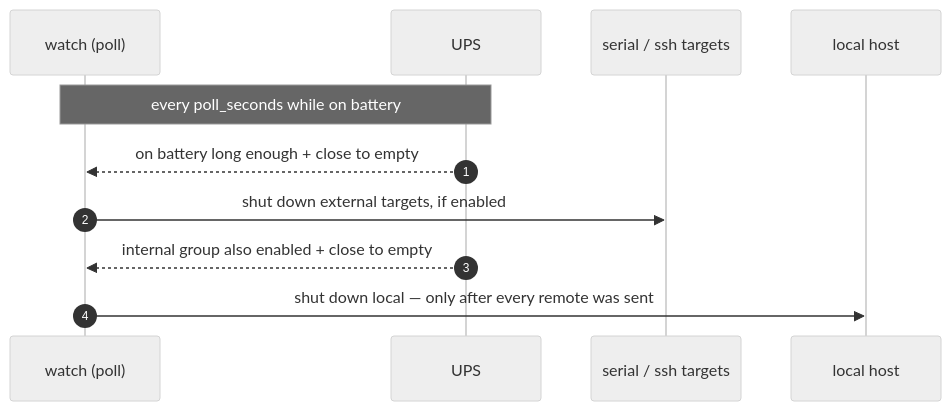
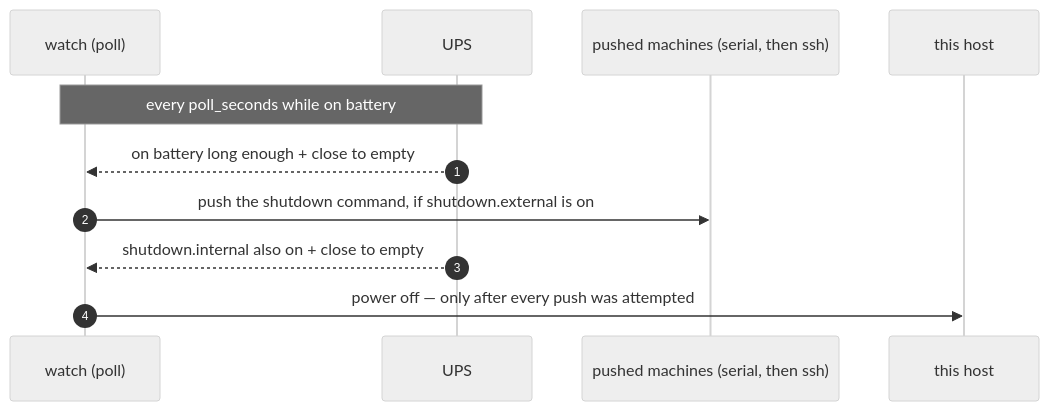
One commit to kleinpanic/ups-orchestrator changed the third of 3 diagrams in README.md. Above: the diagram before and after it, drawn with Mermaid (neutral theme). The commit also changed other lines of this file and 8 other files, not shown here.

````diff
--- a/README.md
+++ b/README.md
@@ -126,13 +223,13 @@
 ```mermaid
 sequenceDiagram
     autonumber
     participant W as watch (poll)
     participant U as UPS
-    participant R as serial / ssh targets
-    participant L as local host
+    participant R as pushed machines (serial, then ssh)
+    participant L as this host
     Note over W,U: every poll_seconds while on battery
     U-->>W: on battery long enough + close to empty
-    W->>R: shut down external targets, if enabled
-    U-->>W: internal group also enabled + close to empty
-    W->>L: shut down local — only after every remote was sent
+    W->>R: push the shutdown command, if shutdown.external is on
+    U-->>W: shutdown.internal also on + close to empty
+    W->>L: power off — only after every push was attempted
 ```
````
